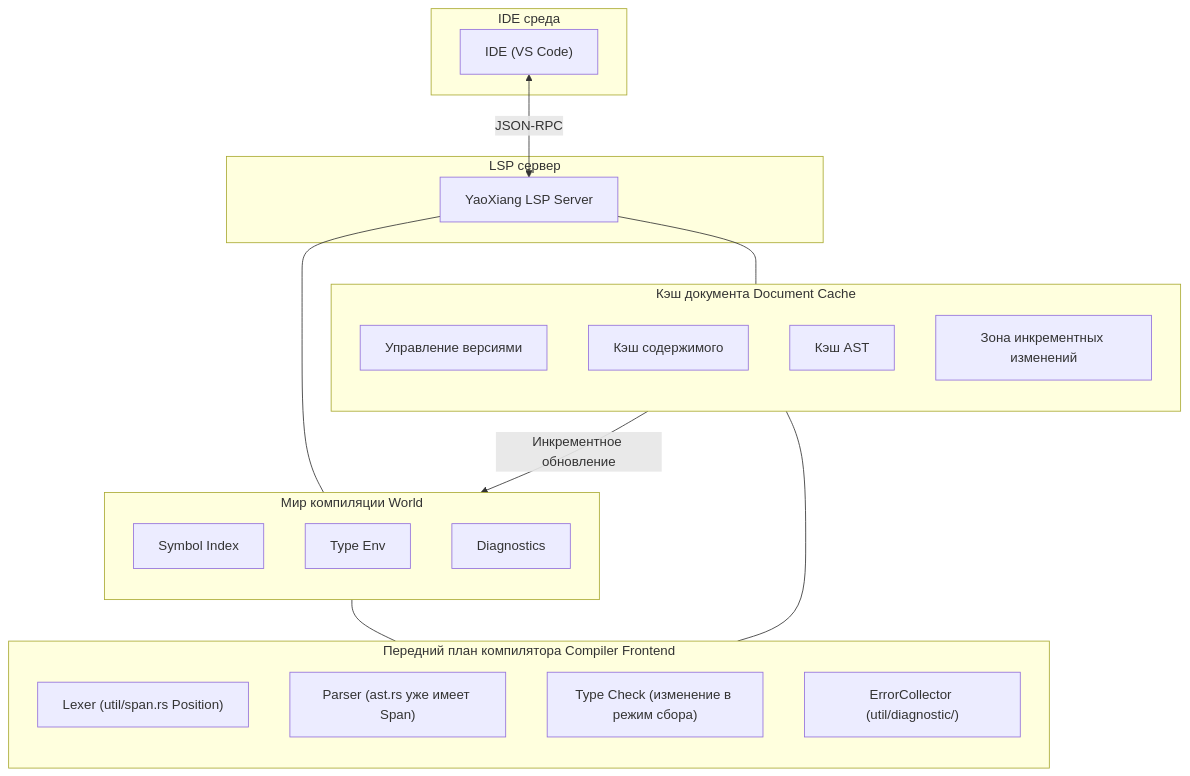
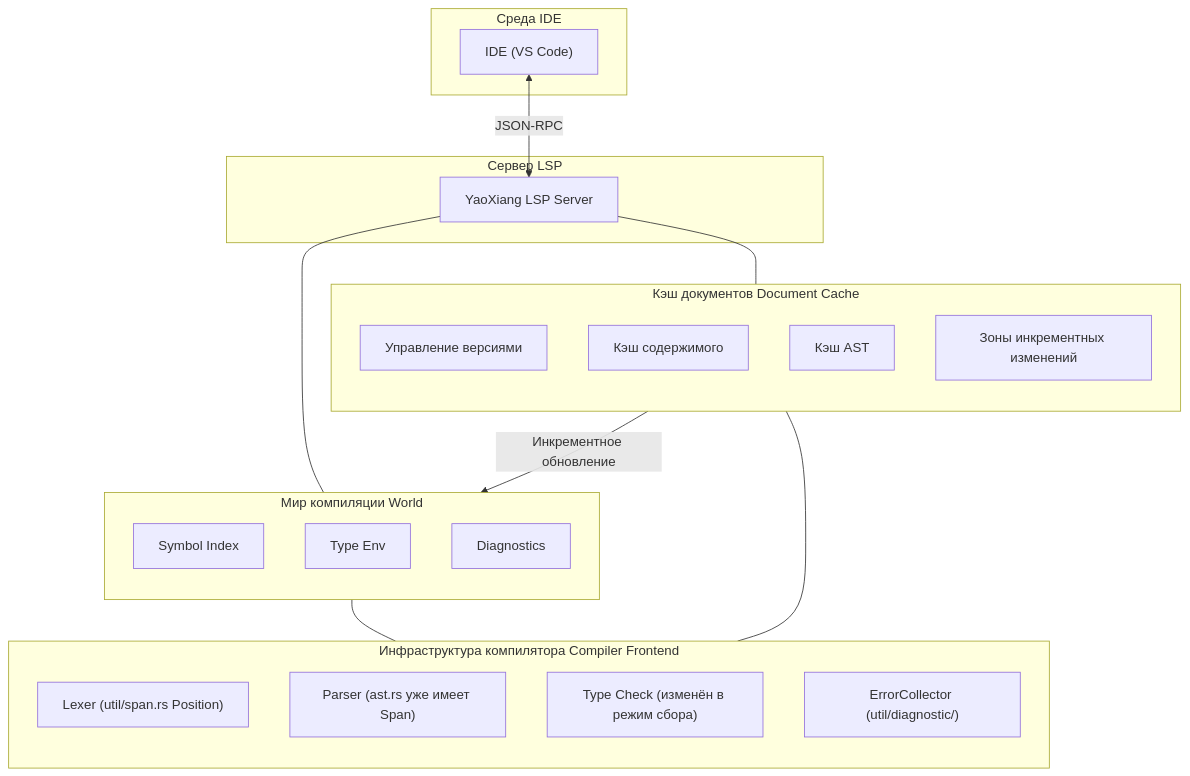
Before and after one commit to ChenXu233/YaoXiang: the diagram in docs/src/ru/design/rfc/accepted/017-lsp-support.md, drawn with Mermaid. The commit also changed other lines of this file and 101 other files, not shown here.

````diff
--- a/docs/src/ru/design/rfc/accepted/017-lsp-support.md
+++ b/docs/src/ru/design/rfc/accepted/017-lsp-support.md
@@ -137,43 +139,43 @@
 ```mermaid
 flowchart TD
-    subgraph IDE_Environment [IDE среда]
+    subgraph IDE_Environment [Среда IDE]
         IDE["IDE (VS Code)"]
     end
 
-    subgraph LSP_Server [LSP сервер]
+    subgraph LSP_Server [Сервер LSP]
         LSP["YaoXiang LSP Server"]
     end
 
     subgraph World_Compile [Мир компиляции World]
         direction TB
         W_Symbol["Symbol Index"]
         W_Type["Type Env"]
         W_Diag["Diagnostics"]
     end
 
-    subgraph Cache [Кэш документа Document Cache]
+    subgraph Cache [Кэш документов Document Cache]
         direction TB
         C_Version["Управление версиями"]
         C_Content["Кэш содержимого"]
         C_AST["Кэш AST"]
-        C_Delta["Зона инкрементных изменений"]
+        C_Delta["Зоны инкрементных изменений"]
     end
 
-    subgraph Frontend [Передний план компилятора Compiler Frontend]
+    subgraph Frontend [Инфраструктура компилятора Compiler Frontend]
         direction TB
         F_Lexer["Lexer (util/span.rs Position)"]
         F_Parser["Parser (ast.rs уже имеет Span)"]
-        F_TypeCheck["Type Check (изменение в режим сбора)"]
+        F_TypeCheck["Type Check (изменён в режим сбора)"]
         F_ErrorCollector["ErrorCollector (util/diagnostic/)"]
     end
 
     IDE <-->|JSON-RPC| LSP
 
     LSP --- World_Compile
     LSP --- Cache
 
     Cache -- "Инкрементное обновление" --> World_Compile
 
     World_Compile --- Frontend
     Cache --- Frontend
 ```
````
